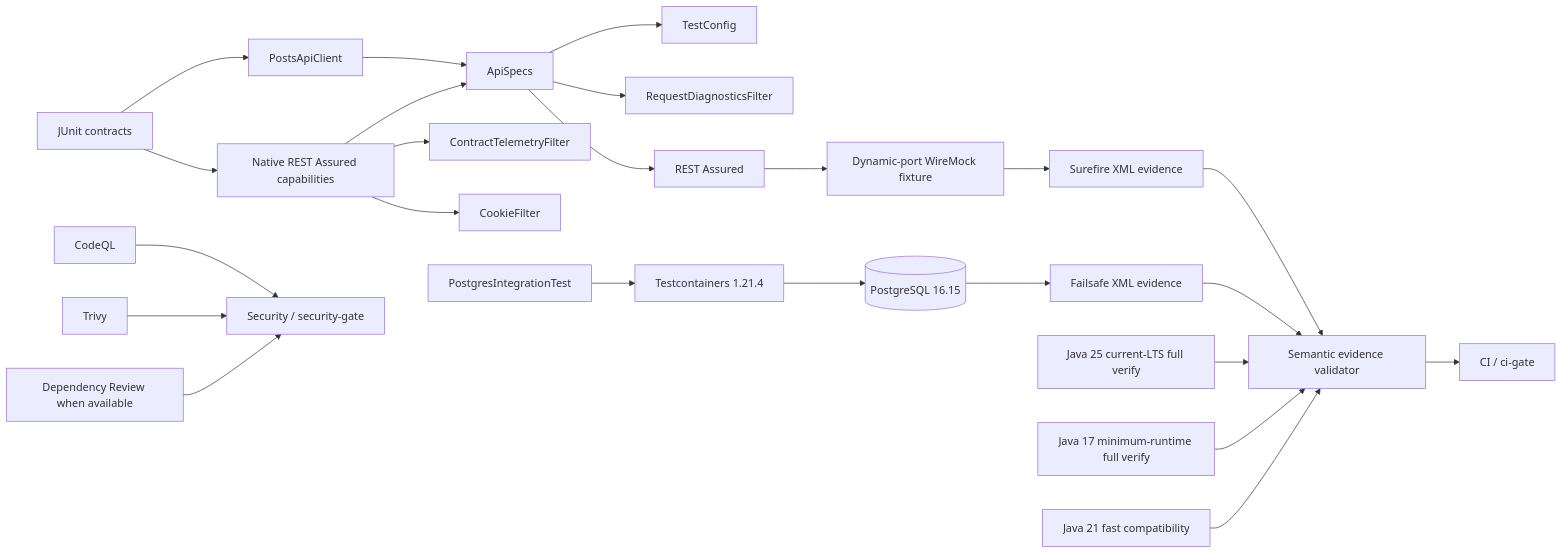
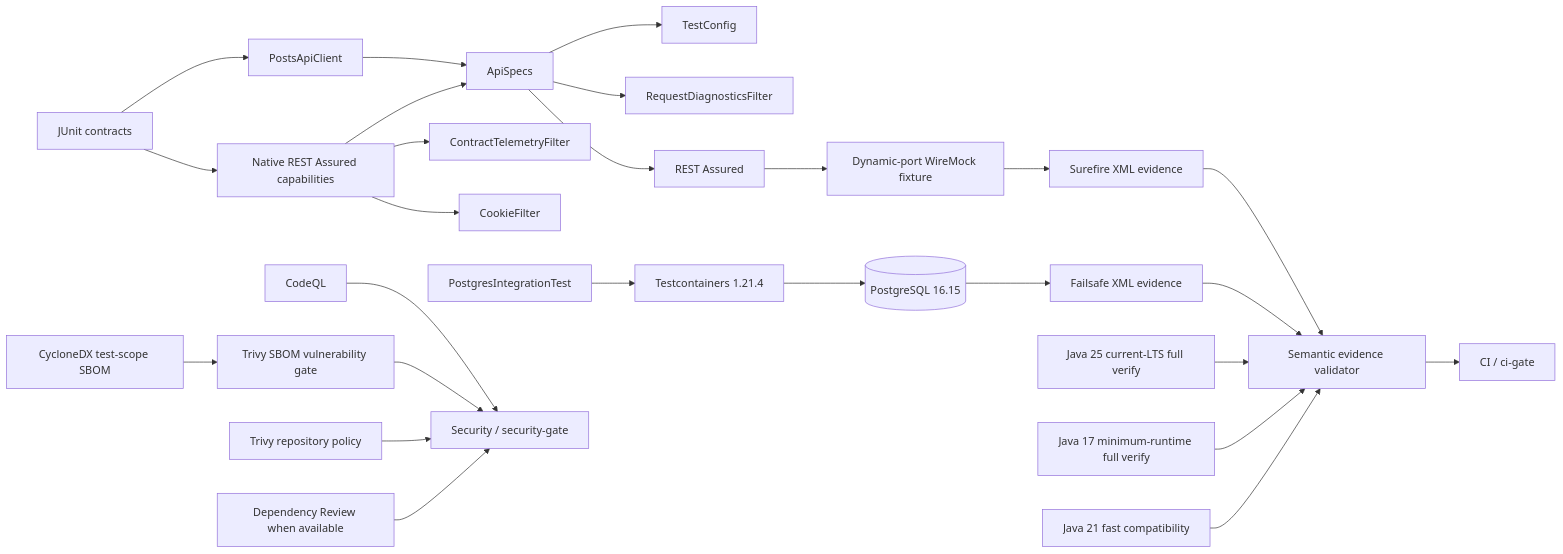
The diagram in README.md (portyu9/qa-automation-java-restassured), drawn with Mermaid before and after one commit. The commit also changed other lines of this file, not shown here.

Commit message:
Document Maven SBOM and Jackson security boundary

````diff
--- a/README.md
+++ b/README.md
@@ -46,30 +46,32 @@
 ```mermaid
 flowchart LR
     TEST[JUnit contracts] --> CLIENT[PostsApiClient]
     TEST --> NATIVE[Native REST Assured capabilities]
     CLIENT --> SPEC[ApiSpecs]
     NATIVE --> SPEC
     SPEC --> CFG[TestConfig]
     SPEC --> DIAG[RequestDiagnosticsFilter]
     NATIVE --> TELE[ContractTelemetryFilter]
     NATIVE --> COOKIE[CookieFilter]
     SPEC --> RA[REST Assured]
     RA --> WM[Dynamic-port WireMock fixture]
 
     DBTEST[PostgresIntegrationTest] --> TC[Testcontainers 1.21.4]
     TC --> PG[(PostgreSQL 16.15)]
 
     WM --> SURE[Surefire XML evidence]
     PG --> FAIL[Failsafe XML evidence]
     SURE --> EVIDENCE[Semantic evidence validator]
     FAIL --> EVIDENCE
 
     J25[Java 25 current-LTS full verify] --> EVIDENCE
     J17[Java 17 minimum-runtime full verify] --> EVIDENCE
     J21[Java 21 fast compatibility] --> EVIDENCE
 
     CODEQL[CodeQL] --> SG[Security / security-gate]
-    TRIVY[Trivy] --> SG
+    BOM[CycloneDX test-scope SBOM] --> SBOMSCAN[Trivy SBOM vulnerability gate]
+    SBOMSCAN --> SG
+    REPO[Trivy repository policy] --> SG
     DEP[Dependency Review when available] --> SG
     EVIDENCE --> CIG[CI / ci-gate]
 ```
````
